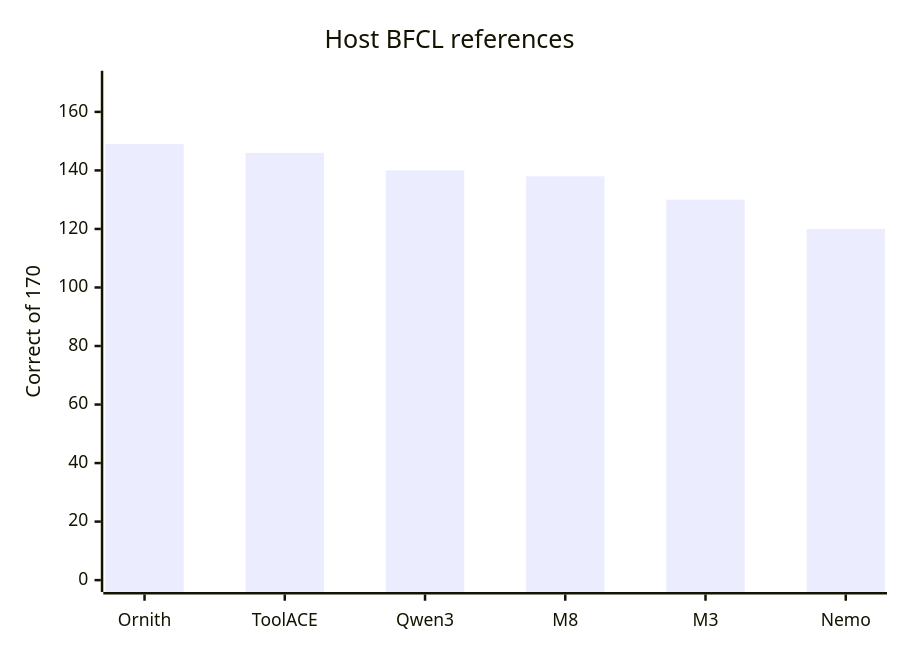
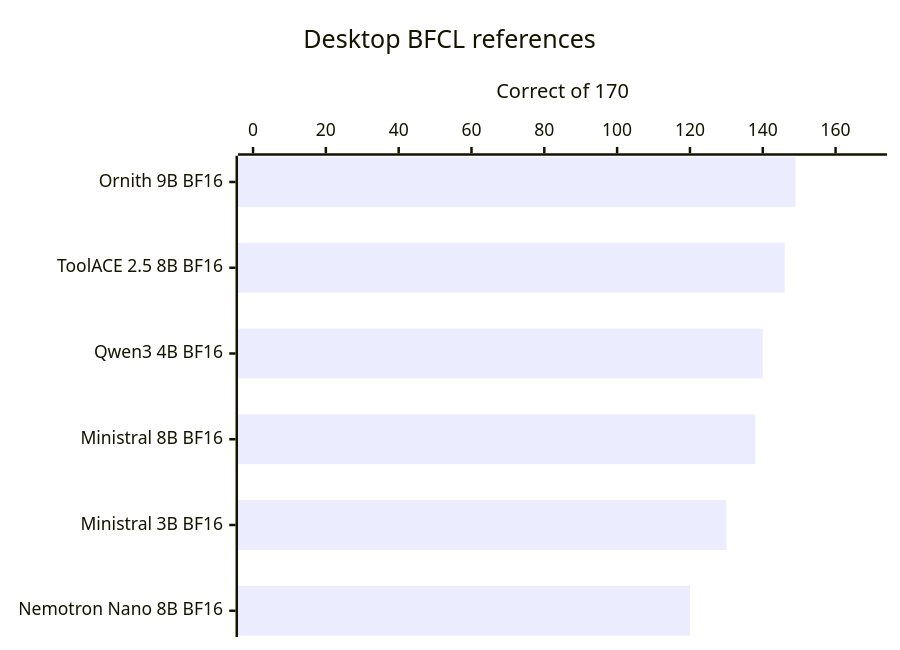
One commit to eivholt/qai-nemotron changed the third of 4 diagrams in tutorial_agentic_models_iq9075.md. Above: the diagram before and after it, drawn with Mermaid. The commit also changed other lines of this file, not shown here.

Commit message:
Improve tutorial links and BFCL charts

````diff
--- a/tutorial_agentic_models_iq9075.md
+++ b/tutorial_agentic_models_iq9075.md
@@ -129,7 +131,7 @@
 ```mermaid
-xychart-beta
-    title "Host BFCL references"
-    x-axis ["Ornith", "ToolACE", "Qwen3", "M8", "M3", "Nemo"]
+xychart horizontal
+    title "Desktop BFCL references"
+    x-axis ["Ornith 9B BF16", "ToolACE 2.5 8B BF16", "Qwen3 4B BF16", "Ministral 8B BF16", "Ministral 3B BF16", "Nemotron Nano 8B BF16"]
     y-axis "Correct of 170" 0 --> 170
     bar [149, 146, 140, 138, 130, 120]
 ```
````
